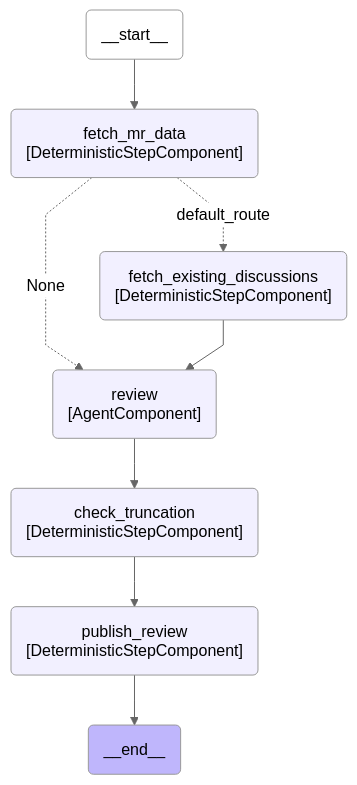
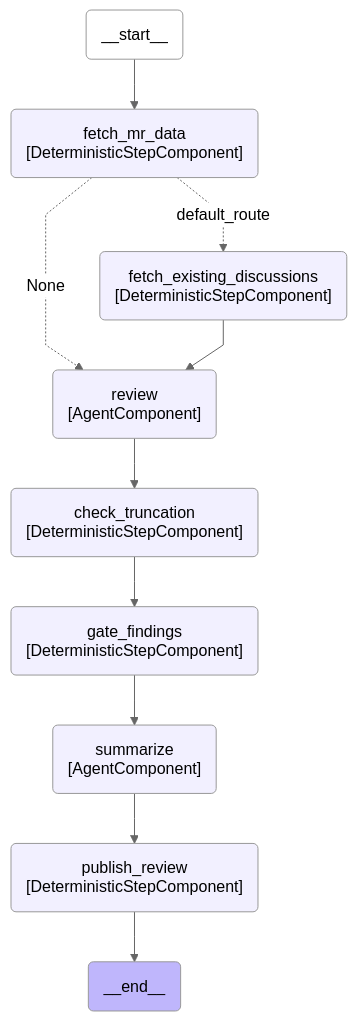
Diagram 16 of 60 in docs/duo_workflow_service_graphs.md (movax01h/ai-gateway), drawn with Mermaid (neutral theme) before and after one commit. The commit also changed 11 other files, not shown here.

Commit message:
fix(deep-code-review): write the summary after the confidence gate

````diff
--- a/docs/duo_workflow_service_graphs.md
+++ b/docs/duo_workflow_service_graphs.md
@@ -517,25 +517,29 @@
 ```mermaid
 ---
 config:
     flowchart:
         curve: linear
 ---
 graph TD;
     __start__(__start__):::first;
     __end__(__end__):::last;
     __start__ --> fetch_mr_data;
     fetch_mr_data(fetch_mr_data<br>#91;DeterministicStepComponent#93;);
     fetch_existing_discussions(fetch_existing_discussions<br>#91;DeterministicStepComponent#93;);
     review(review<br>#91;AgentComponent#93;);
     check_truncation(check_truncation<br>#91;DeterministicStepComponent#93;);
+    gate_findings(gate_findings<br>#91;DeterministicStepComponent#93;);
+    summarize(summarize<br>#91;AgentComponent#93;);
     publish_review(publish_review<br>#91;DeterministicStepComponent#93;);
     fetch_mr_data -.->|"None"| review;
     fetch_mr_data -.->|"default_route"| fetch_existing_discussions;
     fetch_existing_discussions --> review;
     review --> check_truncation;
-    check_truncation --> publish_review;
+    check_truncation --> gate_findings;
+    gate_findings --> summarize;
+    summarize --> publish_review;
     publish_review --> __end__;
     classDef default fill:#f2f0ff,line-height:1.2;
     classDef first fill-opacity:0;
     classDef last fill:#bfb6fc;
 ```
````
